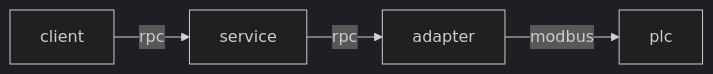
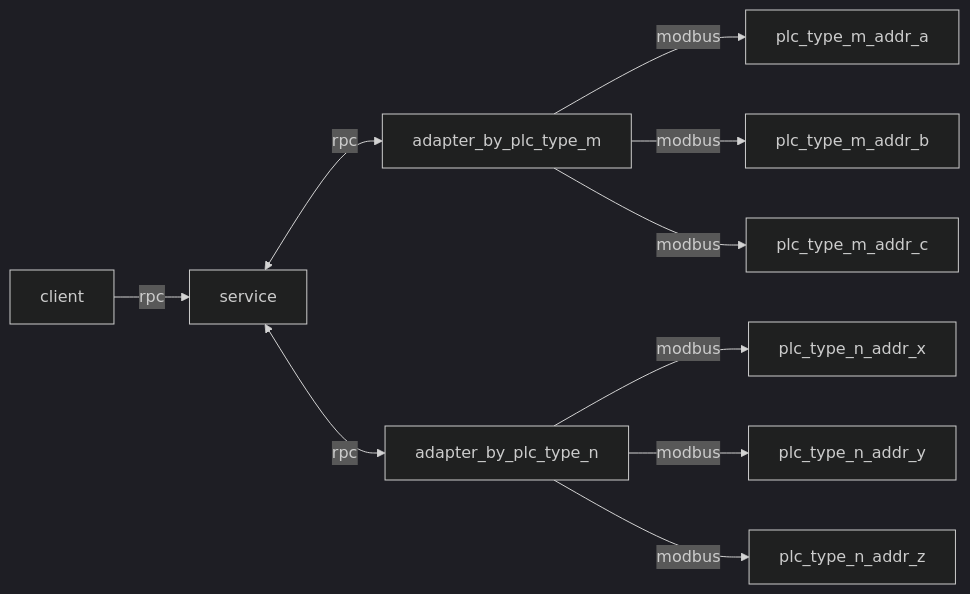
Before and after one commit to FutureOrientedGB/plc_control: the first of 7 diagrams in README.md, drawn with Mermaid (dark theme). The commit also changed other lines of this file and 15 other files, not shown here.

Commit message:
[doc] [plc_proto] [plc_service] one plc adapter handle one type of plc devices, service dispatch rpc call by plc type

````diff
--- a/README.md
+++ b/README.md
@@ -2,4 +2,9 @@
 ```mermaid
 graph LR;
-    client--rpc-->service--rpc-->adapter--modbus-->plc
+    client--rpc-->service<--rpc-->adapter_by_plc_type_m--modbus-->plc_type_m_addr_a
+    adapter_by_plc_type_m--modbus-->plc_type_m_addr_b
+    adapter_by_plc_type_m--modbus-->plc_type_m_addr_c
+    service<--rpc-->adapter_by_plc_type_n--modbus-->plc_type_n_addr_x
+    adapter_by_plc_type_n--modbus-->plc_type_n_addr_y
+    adapter_by_plc_type_n--modbus-->plc_type_n_addr_z
 ```
````
